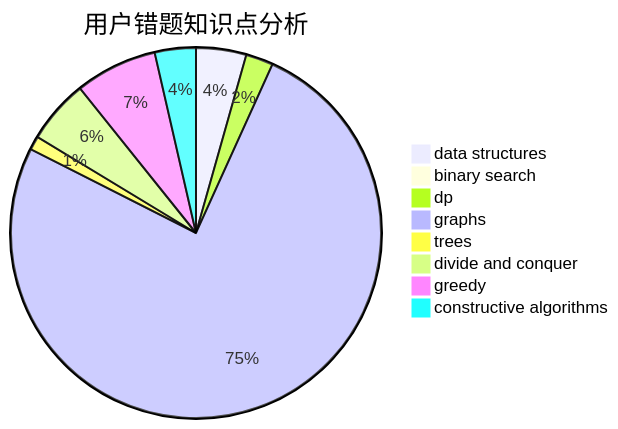
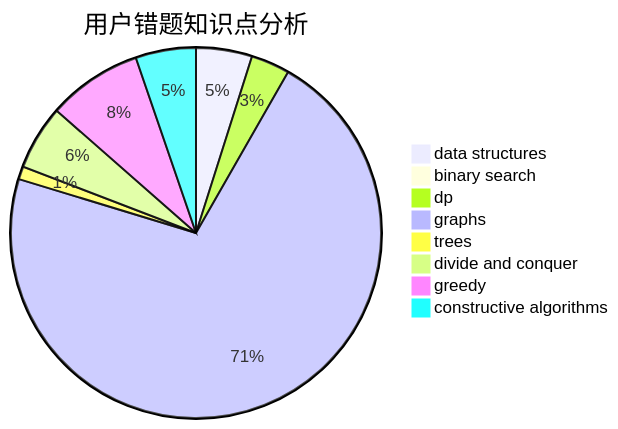
One commit to sherpahu/cfrs.github.io changed the third of 3 diagrams in docs/user/u1176.md. Above: the diagram before and after it, drawn with Mermaid. The commit also changed other lines of this file and 2770 other files, not shown here.

````diff
--- a/docs/user/u1176.md
+++ b/docs/user/u1176.md
@@ -36,11 +36,11 @@
 ```mermaid
 pie title 用户错题知识点分析
-    "data structures" :  11
-    "binary search" :  1
-    "dp" :  6
+    "data structures" :  13
+    "binary search" :  2
+    "dp" :  9
     "graphs" :  190
     "trees" :  3
-    "divide and conquer" :  14
-    "greedy" :  18
-    "constructive algorithms" :  9
+    "divide and conquer" :  15
+    "greedy" :  22
+    "constructive algorithms" :  14
 ```
````
